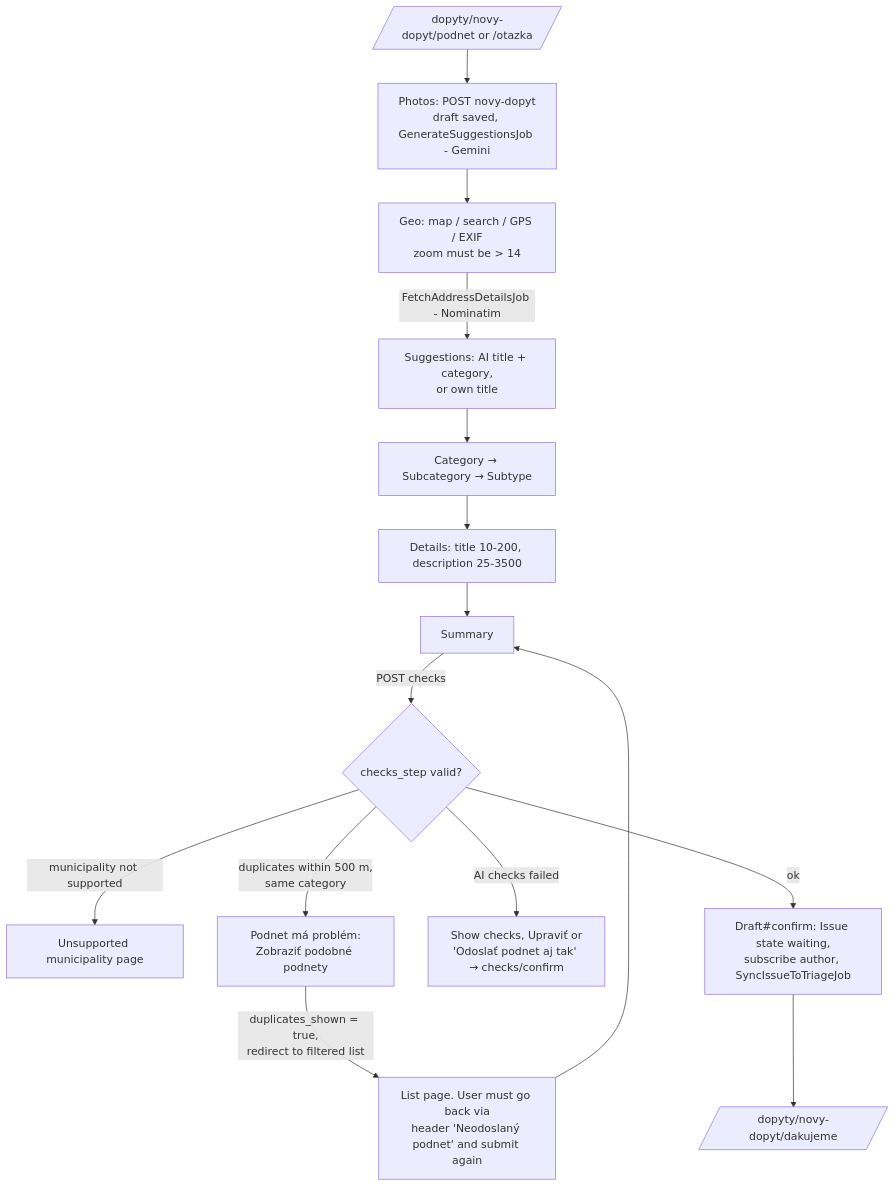
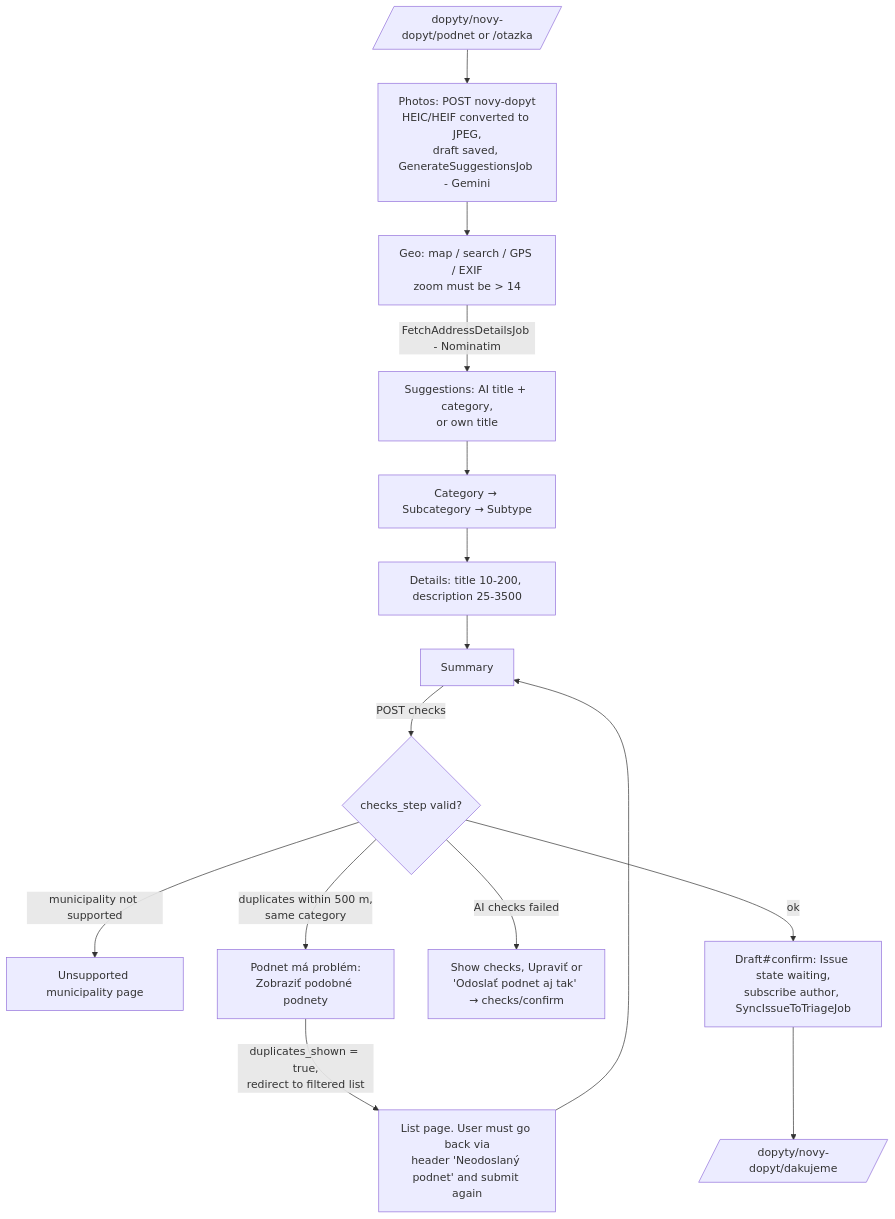
Before and after one commit to slovensko-digital/ops-portal: the first of 3 diagrams in docs/how-it-works/03-submission-and-triage.md, drawn with Mermaid. The commit also changed other lines of this file and 3 other files, not shown here.

Commit message:
fix: convert HEIC/HEIF photos to JPEG in the new issue wizard too

````diff
--- a/docs/how-it-works/03-submission-and-triage.md
+++ b/docs/how-it-works/03-submission-and-triage.md
@@ -9,17 +9,17 @@
 ```mermaid
 flowchart TD
-  A[/dopyty/novy-dopyt/podnet or /otazka/] --> B[Photos: POST novy-dopyt<br/>draft saved, GenerateSuggestionsJob - Gemini]
+  A[/dopyty/novy-dopyt/podnet or /otazka/] --> B[Photos: POST novy-dopyt<br/>HEIC/HEIF converted to JPEG,<br/>draft saved, GenerateSuggestionsJob - Gemini]
   B --> C[Geo: map / search / GPS / EXIF<br/>zoom must be > 14]
   C -->|FetchAddressDetailsJob - Nominatim| D[Suggestions: AI title + category,<br/>or own title]
   D --> E[Category → Subcategory → Subtype]
   E --> F[Details: title 10-200, description 25-3500]
   F --> G[Summary]
   G -->|POST checks| H{checks_step valid?}
   H -->|municipality not supported| H1[Unsupported municipality page]
   H -->|duplicates within 500 m,<br/>same category| H2[Podnet má problém:<br/>Zobraziť podobné podnety]
   H2 -->|duplicates_shown = true,<br/>redirect to filtered list| H3[List page. User must go back via<br/>header 'Neodoslaný podnet' and submit again]
   H3 --> G
   H -->|AI checks failed| H4[Show checks, Upraviť or<br/>'Odoslať podnet aj tak' → checks/confirm]
   H -->|ok| I[Draft#confirm: Issue state waiting,<br/>subscribe author, SyncIssueToTriageJob]
   I --> J[/dopyty/novy-dopyt/dakujeme/]
 ```
````
